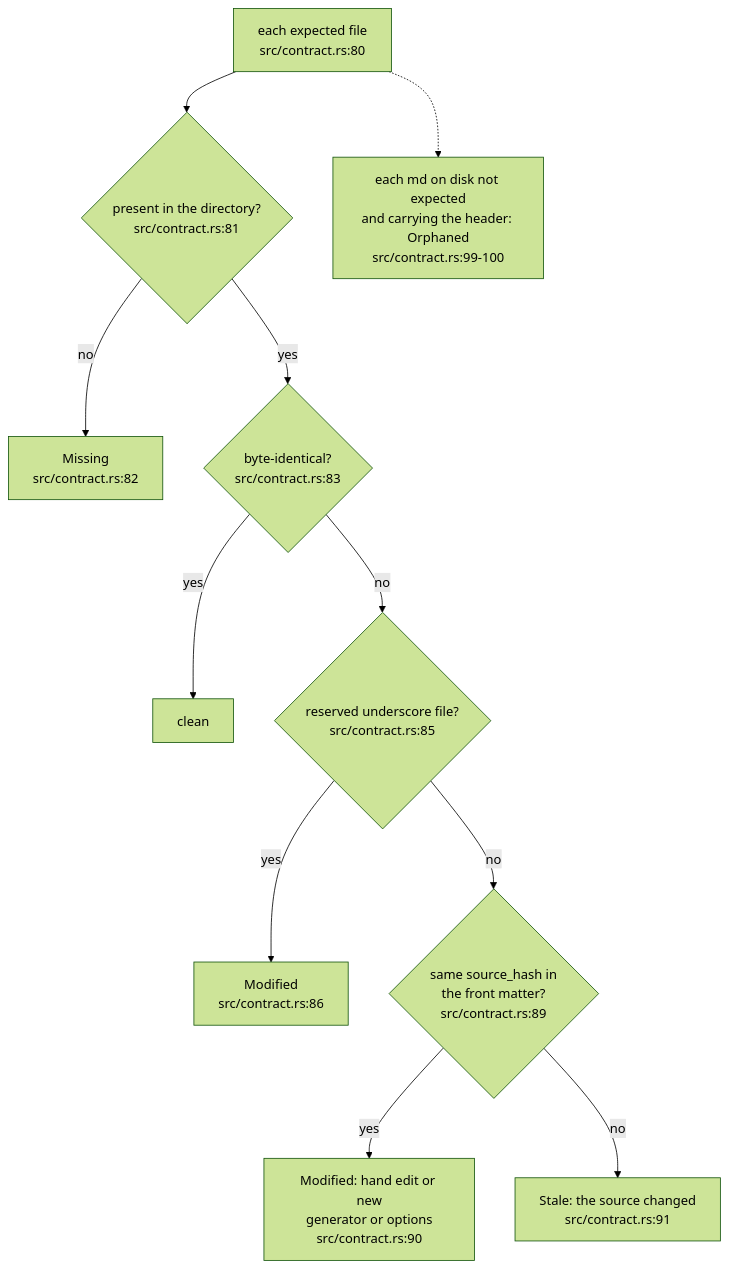
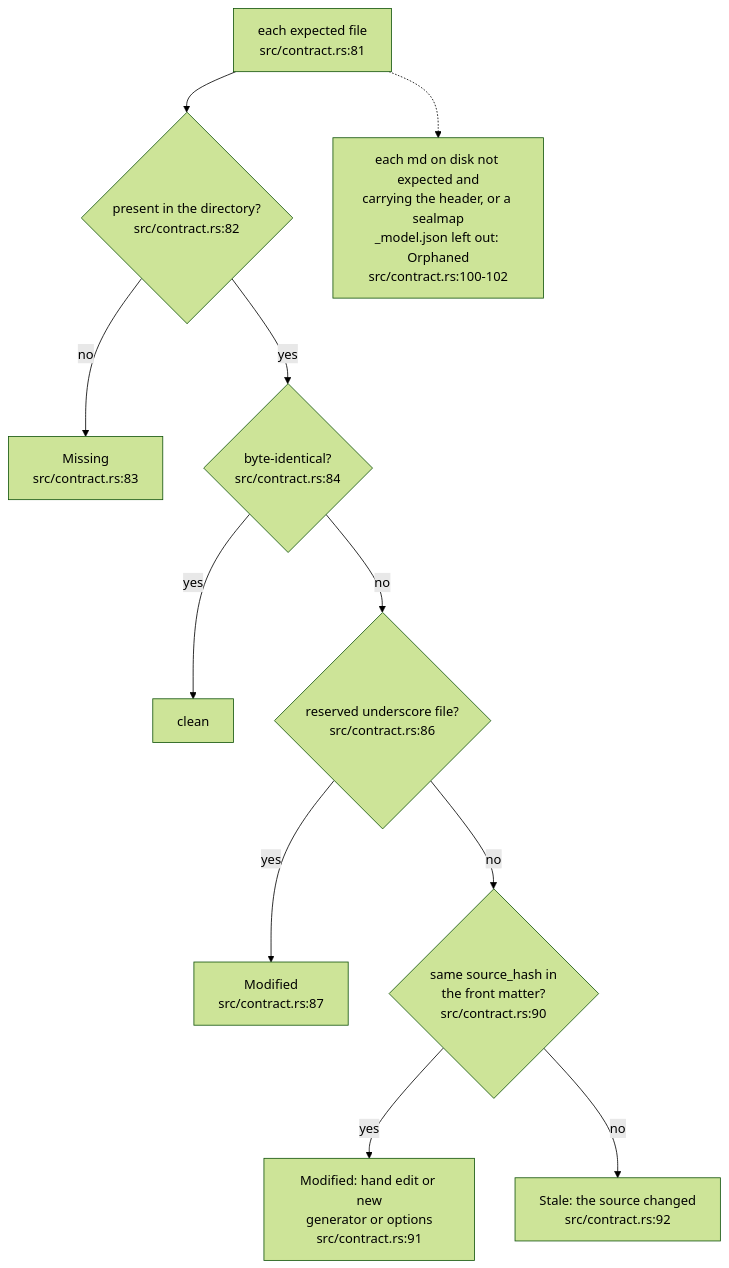
The second of 5 diagrams in docs/diagrams/corpus/03-generate-check-write-and-the-cli.md (DreamLab-AI/codemaid), drawn with Mermaid (forest theme) before and after one commit. The commit also changed other lines of this file and 21 other files, not shown here.

````diff
--- a/docs/diagrams/corpus/03-generate-check-write-and-the-cli.md
+++ b/docs/diagrams/corpus/03-generate-check-write-and-the-cli.md
@@ -93,24 +93,24 @@
 ```mermaid
 flowchart TB
-    E["each expected file<br/>src/contract.rs:80"]
-    A{"present in the directory?<br/>src/contract.rs:81"}
-    MIS["Missing<br/>src/contract.rs:82"]
-    EQ{"byte-identical?<br/>src/contract.rs:83"}
+    E["each expected file<br/>src/contract.rs:81"]
+    A{"present in the directory?<br/>src/contract.rs:82"}
+    MIS["Missing<br/>src/contract.rs:83"]
+    EQ{"byte-identical?<br/>src/contract.rs:84"}
     OK["clean"]
-    RS{"reserved underscore file?<br/>src/contract.rs:85"}
-    MOD1["Modified<br/>src/contract.rs:86"]
-    FH{"same source_hash in<br/>the front matter?<br/>src/contract.rs:89"}
-    MOD2["Modified: hand edit or new<br/>generator or options<br/>src/contract.rs:90"]
-    STA["Stale: the source changed<br/>src/contract.rs:91"]
-    ORP["each md on disk not expected<br/>and carrying the header: Orphaned<br/>src/contract.rs:99-100"]
+    RS{"reserved underscore file?<br/>src/contract.rs:86"}
+    MOD1["Modified<br/>src/contract.rs:87"]
+    FH{"same source_hash in<br/>the front matter?<br/>src/contract.rs:90"}
+    MOD2["Modified: hand edit or new<br/>generator or options<br/>src/contract.rs:91"]
+    STA["Stale: the source changed<br/>src/contract.rs:92"]
+    ORP["each md on disk not expected and<br/>carrying the header, or a sealmap<br/>_model.json left out: Orphaned<br/>src/contract.rs:100-102"]
     E --> A
     A -->|no| MIS
     A -->|yes| EQ
     EQ -->|yes| OK
     EQ -->|no| RS
     RS -->|yes| MOD1
     RS -->|no| FH
     FH -->|yes| MOD2
     FH -->|no| STA
     E -.-> ORP
 ```
````
